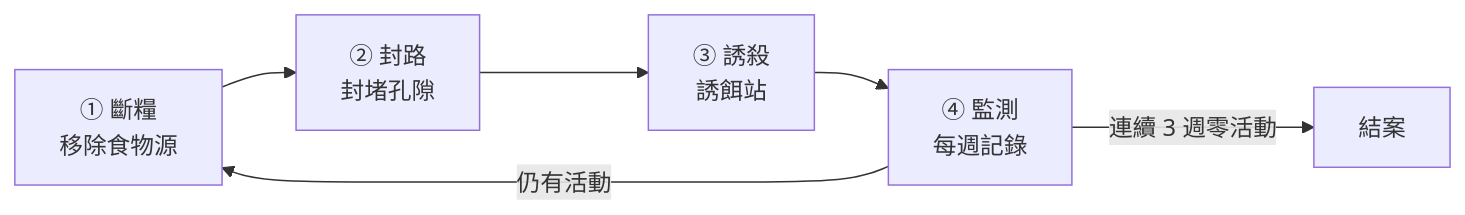
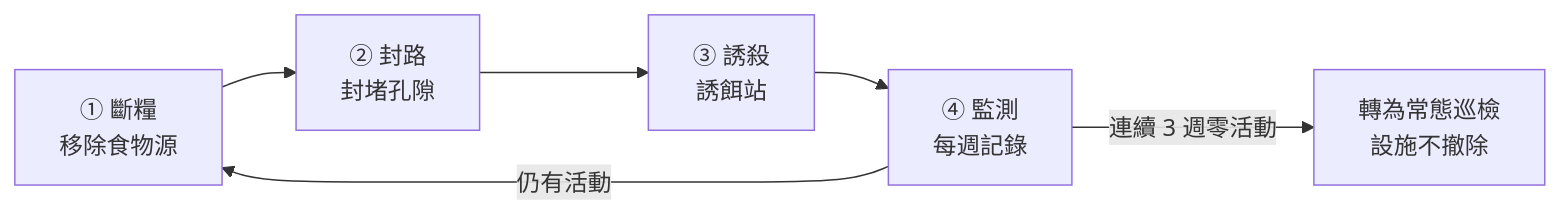
The diagram in src/admin/staff/rodent-control.md (culturalcity/culturalcity.github.io), drawn with Mermaid before and after one commit. The commit also changed other lines of this file and 1 other file, not shown here.

````diff
--- a/src/admin/staff/rodent-control.md
+++ b/src/admin/staff/rodent-control.md
@@ -22,8 +24,8 @@
 ```mermaid
 graph LR
     A["① 斷糧<br/>移除食物源"] --> B["② 封路<br/>封堵孔隙"]
     B --> C["③ 誘殺<br/>誘餌站"]
     C --> D["④ 監測<br/>每週記錄"]
-    D -->|"連續 3 週零活動"| E["結案"]
+    D -->|"連續 3 週零活動"| E["轉為常態巡檢<br/>設施不撤除"]
     D -->|"仍有活動"| A
 ```
````
